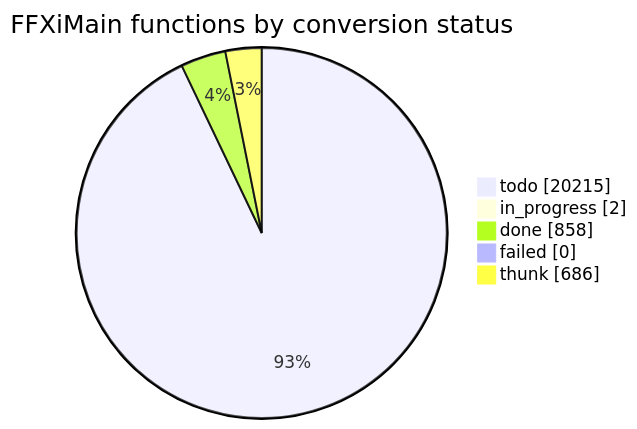
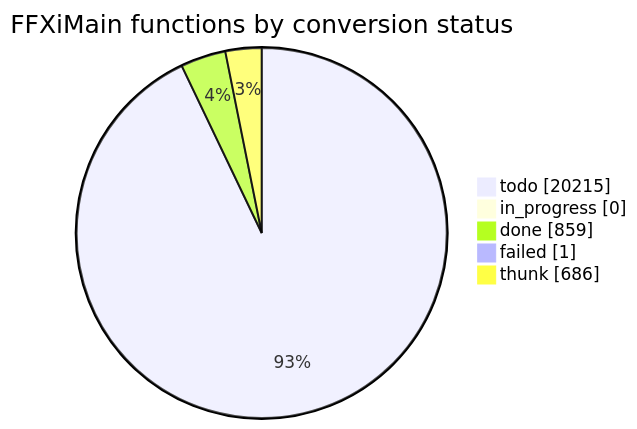
The diagram in docs/cow/STATUS.md (cowrevenge/cow_kuluu_xi_anything), drawn with Mermaid before and after one commit. The commit also changed other lines of this file and 9 other files, not shown here.

````diff
--- a/docs/cow/STATUS.md
+++ b/docs/cow/STATUS.md
@@ -18,9 +18,9 @@
 ```mermaid
 pie showData
     title FFXiMain functions by conversion status
     "todo" : 20215
-    "in_progress" : 2
-    "done" : 858
-    "failed" : 0
+    "in_progress" : 0
+    "done" : 859
+    "failed" : 1
     "thunk" : 686
 ```
````
